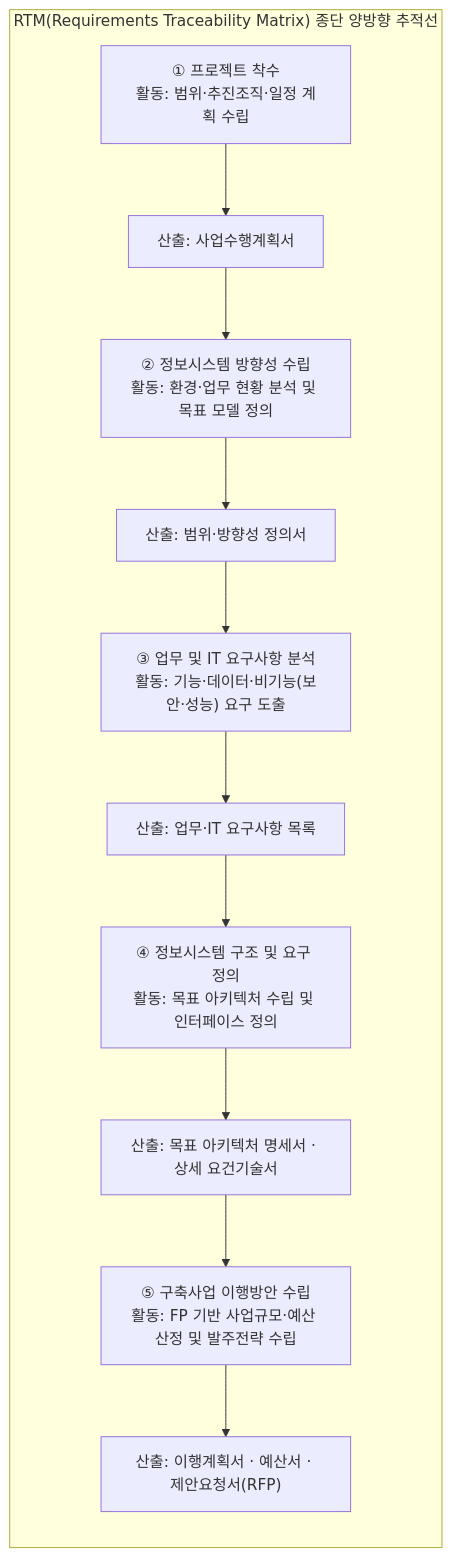
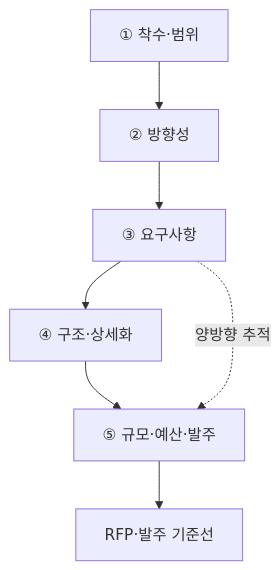
One commit to agnusdei1207/study changed the second of 2 diagrams in src/content/docs/notes/itpe/01-it-strategy/001_ismp.md. Above: the diagram before and after it, drawn with Mermaid. The commit also changed other lines of this file and 10 other files, not shown here.

````diff
--- a/src/content/docs/notes/itpe/01-it-strategy/001_ismp.md
+++ b/src/content/docs/notes/itpe/01-it-strategy/001_ismp.md
@@ -108,15 +97,5 @@
 ```mermaid
 flowchart TD
-    subgraph RTM["RTM(Requirements Traceability Matrix) 종단 양방향 추적선"]
-        direction TB
-        S1["① 프로젝트 착수<br/>활동: 범위·추진조직·일정 계획 수립"] --> O1["산출: 사업수행계획서"]
-        O1 --> S2["② 정보시스템 방향성 수립<br/>활동: 환경·업무 현황 분석 및 목표 모델 정의"]
-        S2 --> O2["산출: 범위·방향성 정의서"]
-        O2 --> S3["③ 업무 및 IT 요구사항 분석<br/>활동: 기능·데이터·비기능(보안·성능) 요구 도출"]
-        S3 --> O3["산출: 업무·IT 요구사항 목록"]
-        O3 --> S4["④ 정보시스템 구조 및 요구 정의<br/>활동: 목표 아키텍처 수립 및 인터페이스 정의"]
-        S4 --> O4["산출: 목표 아키텍처 명세서 · 상세 요건기술서"]
-        O4 --> S5["⑤ 구축사업 이행방안 수립<br/>활동: FP 기반 사업규모·예산 산정 및 발주전략 수립"]
-        S5 --> O5["산출: 이행계획서 · 예산서 · 제안요청서(RFP)"]
-    end
+    A["① 착수·범위"] --> B["② 방향성"] --> C["③ 요구사항"] --> D["④ 구조·상세화"] --> E["⑤ 규모·예산·발주"] --> F["RFP·발주 기준선"]
+    C -.->|"양방향 추적"| E
 ```
````
